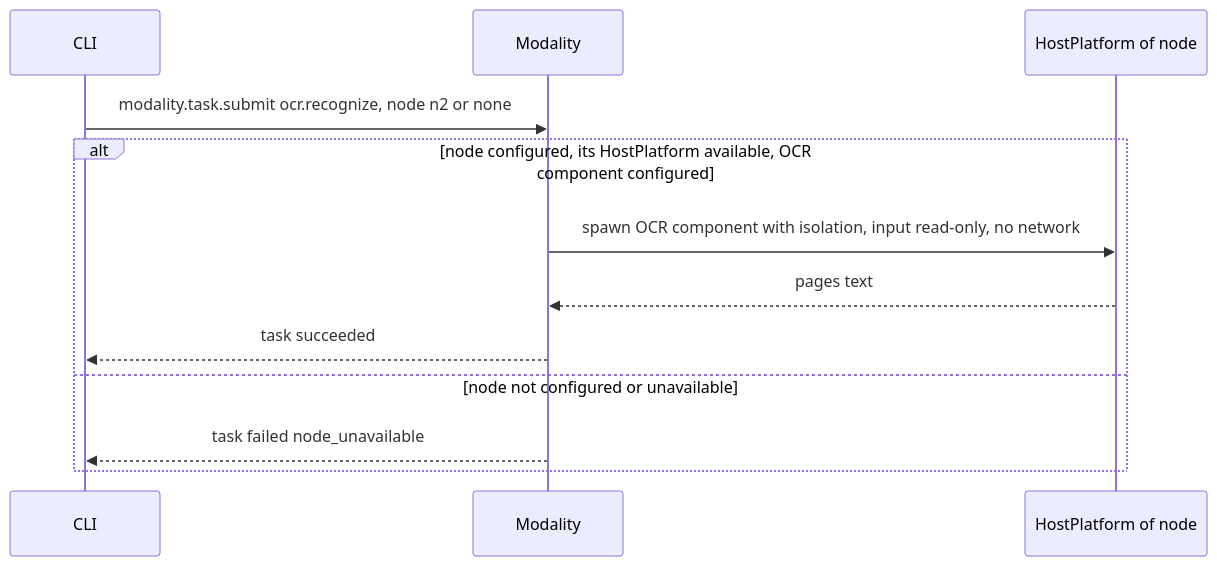
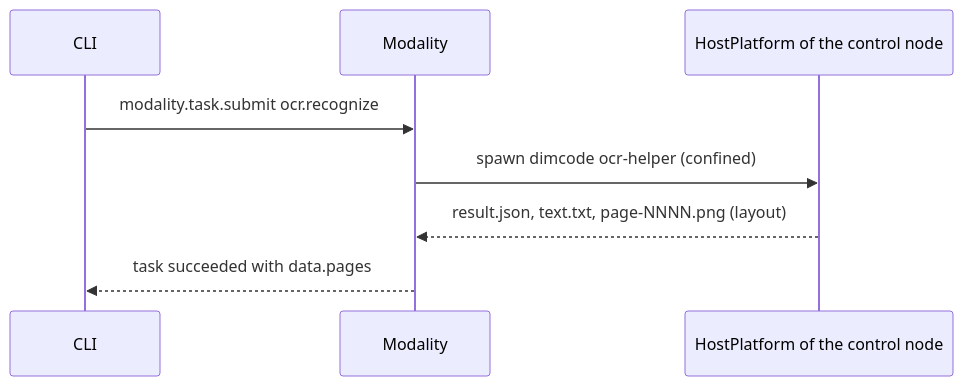
Before and after one commit to CoutinhoTTS/dim-agent: the fourth of 6 diagrams in docs/design/plugins/Modality.md, drawn with Mermaid. The commit also changed other lines of this file and 2 other files, not shown here.

First line of the commit message:
docs(modality): replace the OCR component with host-owned targets

````diff
--- a/docs/design/plugins/Modality.md
+++ b/docs/design/plugins/Modality.md
@@ -123,14 +123,10 @@
 ```mermaid
 sequenceDiagram
   participant C as CLI
   participant D as Modality
-  participant H as HostPlatform of node
-  C->>D: modality.task.submit ocr.recognize, node n2 or none
-  alt node configured, its HostPlatform available, OCR component configured
-    D->>H: spawn OCR component with isolation, input read-only, no network
-    H-->>D: pages text
-    D-->>C: task succeeded
-  else node not configured or unavailable
-    D-->>C: task failed node_unavailable
-  end
+  participant H as HostPlatform of the control node
+  C->>D: modality.task.submit ocr.recognize
+  D->>H: spawn dimcode ocr-helper (confined)
+  H-->>D: result.json, text.txt, page-NNNN.png (layout)
+  D-->>C: task succeeded with data.pages
 ```
````
